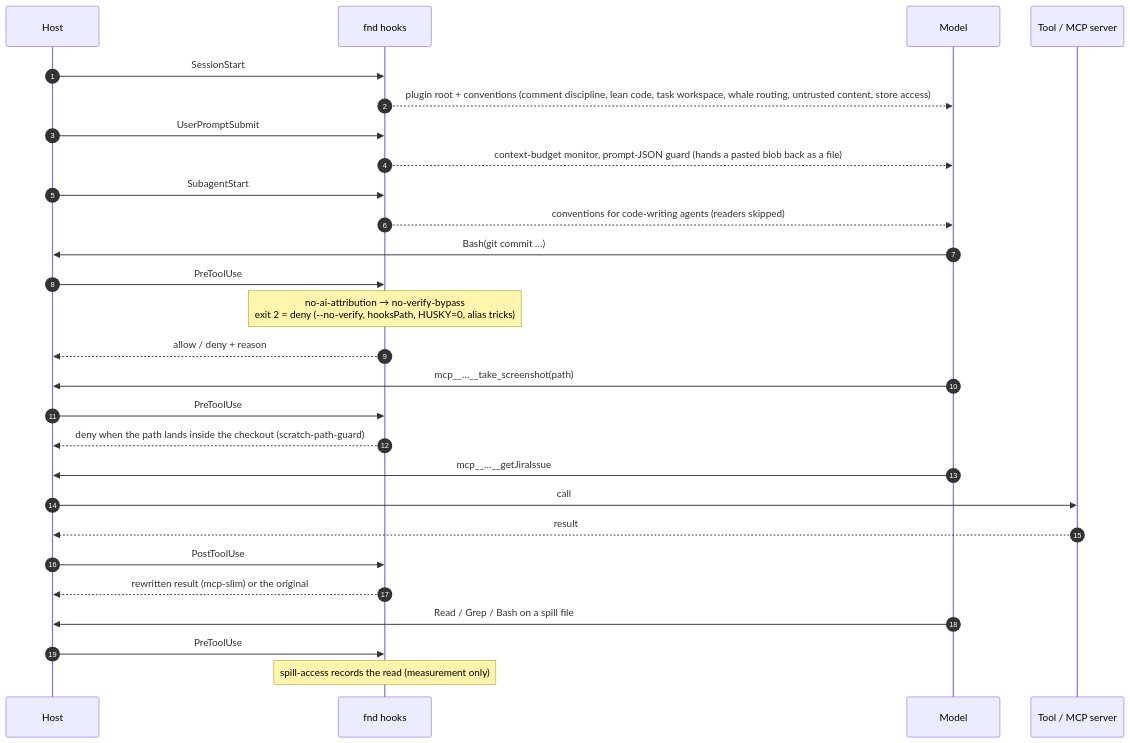
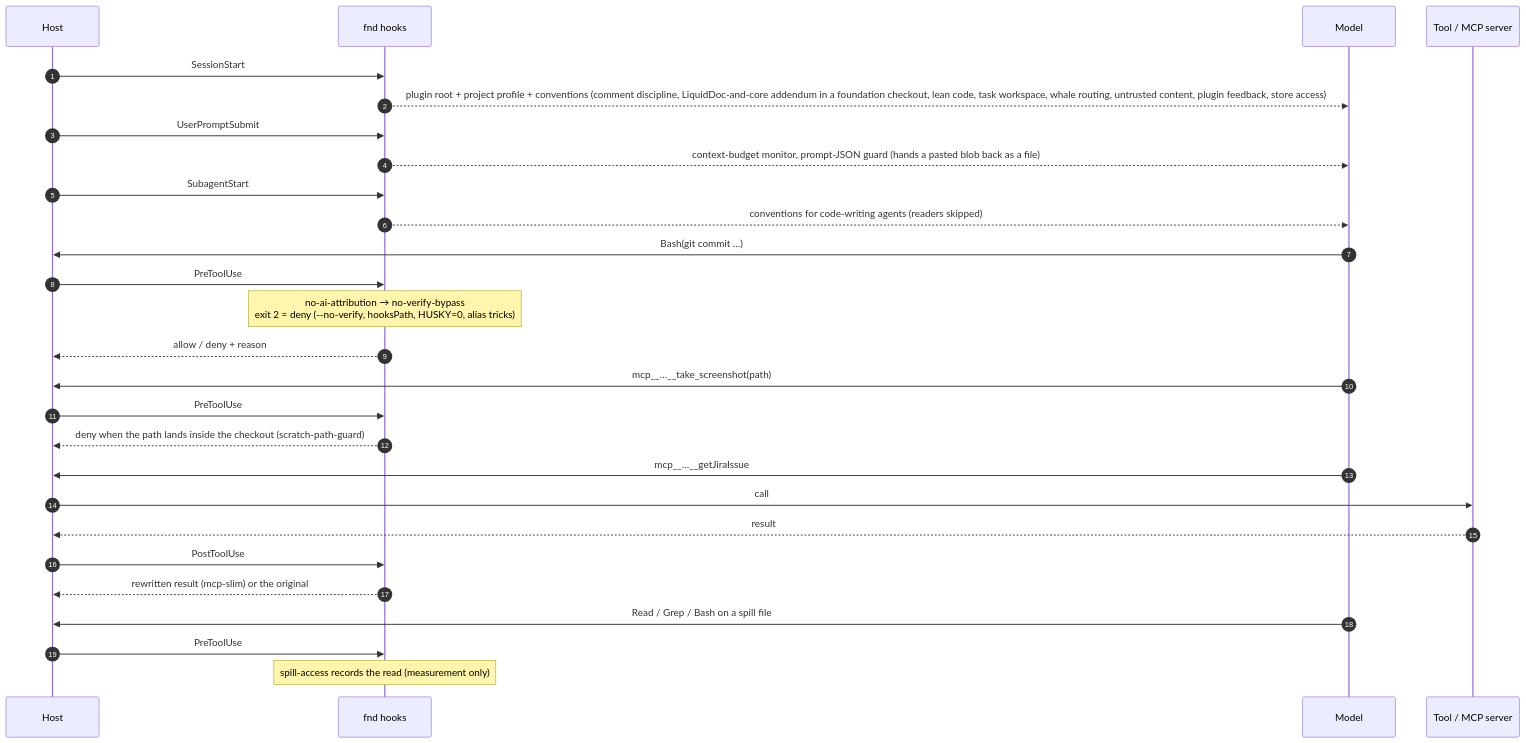
The second of 6 diagrams in docs/ARCHITECTURE.md (domaine-oleksandr-kever/claude-plugins), drawn with Mermaid before and after one commit. The commit also changed other lines of this file and 30 other files, not shown here.

````diff
--- a/docs/ARCHITECTURE.md
+++ b/docs/ARCHITECTURE.md
@@ -73,30 +76,30 @@
 ```mermaid
 sequenceDiagram
   autonumber
   participant Host
   participant Hooks as fnd hooks
   participant Model
   participant Tool as Tool / MCP server
 
   Host->>Hooks: SessionStart
-  Hooks-->>Model: plugin root + conventions (comment discipline, lean code, task workspace, whale routing, untrusted content, store access)
+  Hooks-->>Model: plugin root + project profile + conventions (comment discipline, LiquidDoc-and-core addendum in a foundation checkout, lean code, task workspace, whale routing, untrusted content, plugin feedback, store access)
   Host->>Hooks: UserPromptSubmit
   Hooks-->>Model: context-budget monitor, prompt-JSON guard (hands a pasted blob back as a file)
   Host->>Hooks: SubagentStart
   Hooks-->>Model: conventions for code-writing agents (readers skipped)
   Model->>Host: Bash(git commit …)
   Host->>Hooks: PreToolUse
   Note over Hooks: no-ai-attribution → no-verify-bypass<br/>exit 2 = deny (--no-verify, hooksPath, HUSKY=0, alias tricks)
   Hooks-->>Host: allow / deny + reason
   Model->>Host: mcp__…__take_screenshot(path)
   Host->>Hooks: PreToolUse
   Hooks-->>Host: deny when the path lands inside the checkout (scratch-path-guard)
   Model->>Host: mcp__…__getJiraIssue
   Host->>Tool: call
   Tool-->>Host: result
   Host->>Hooks: PostToolUse
   Hooks-->>Host: rewritten result (mcp-slim) or the original
   Model->>Host: Read / Grep / Bash on a spill file
   Host->>Hooks: PreToolUse
   Note over Hooks: spill-access records the read (measurement only)
 ```
````
